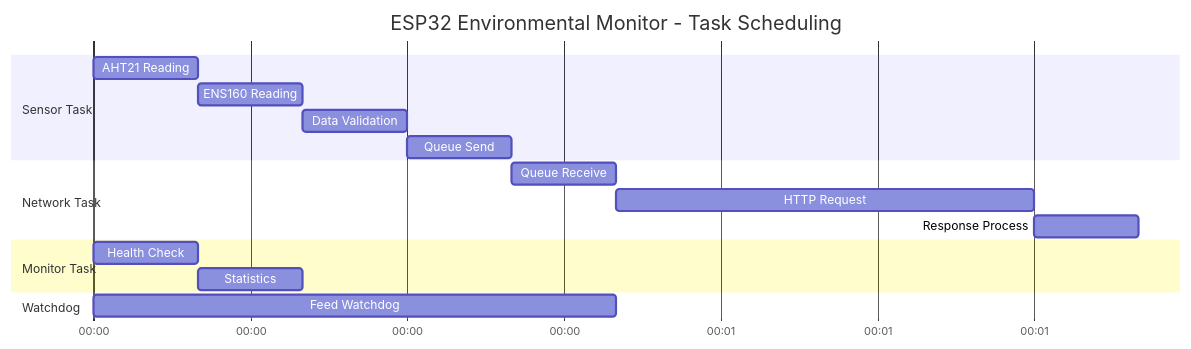
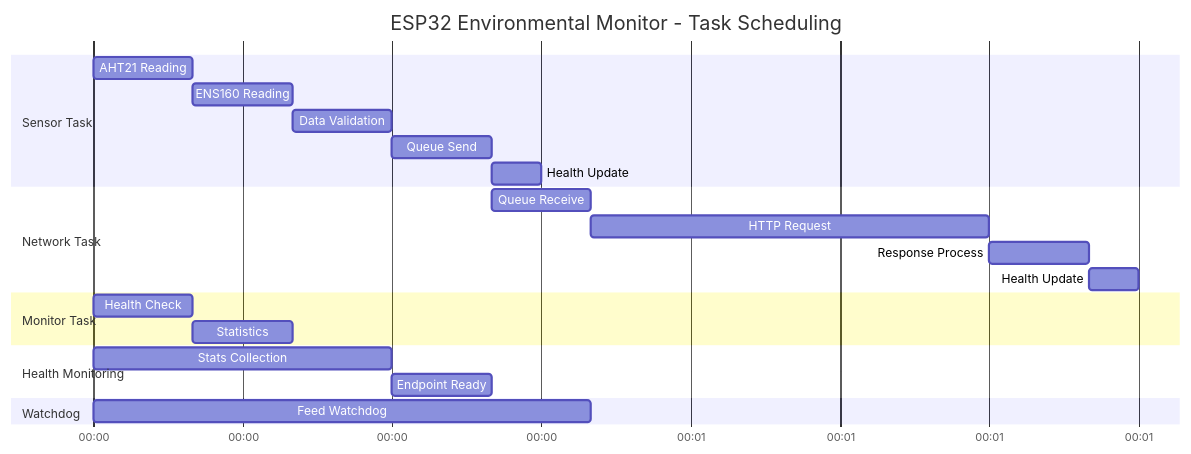
One commit to TimWeber/ESP32-Environmental-Monitor changed the third of 4 diagrams in README.md. Above: the diagram before and after it, drawn with Mermaid. The commit also changed other lines of this file, not shown here.

````diff
--- a/README.md
+++ b/README.md
@@ -103,24 +129,30 @@
 ```mermaid
 gantt
     title ESP32 Environmental Monitor - Task Scheduling
     dateFormat  YYYY-MM-DD
     axisFormat %H:%M
     
     section Sensor Task
     AHT21 Reading    :aht21, 2024-01-01, 10s
     ENS160 Reading   :ens160, after aht21, 10s
     Data Validation  :validation, after ens160, 10s
     Queue Send       :queue, after validation, 10s
+    Health Update    :health, after queue, 5s
     
     section Network Task
     Queue Receive    :receive, after queue, 10s
     HTTP Request     :http, after receive, 40s
     Response Process :response, after http, 10s
+    Health Update    :health_net, after response, 5s
     
     section Monitor Task
     Health Check     :health, 2024-01-01, 10s
     Statistics       :stats, after health, 10s
     
+    section Health Monitoring
+    Stats Collection :stats_collect, 2024-01-01, 30s
+    Endpoint Ready   :endpoint, after stats_collect, 10s
+    
     section Watchdog
     Feed Watchdog    :watchdog, 2024-01-01, 50s
 ```
````
